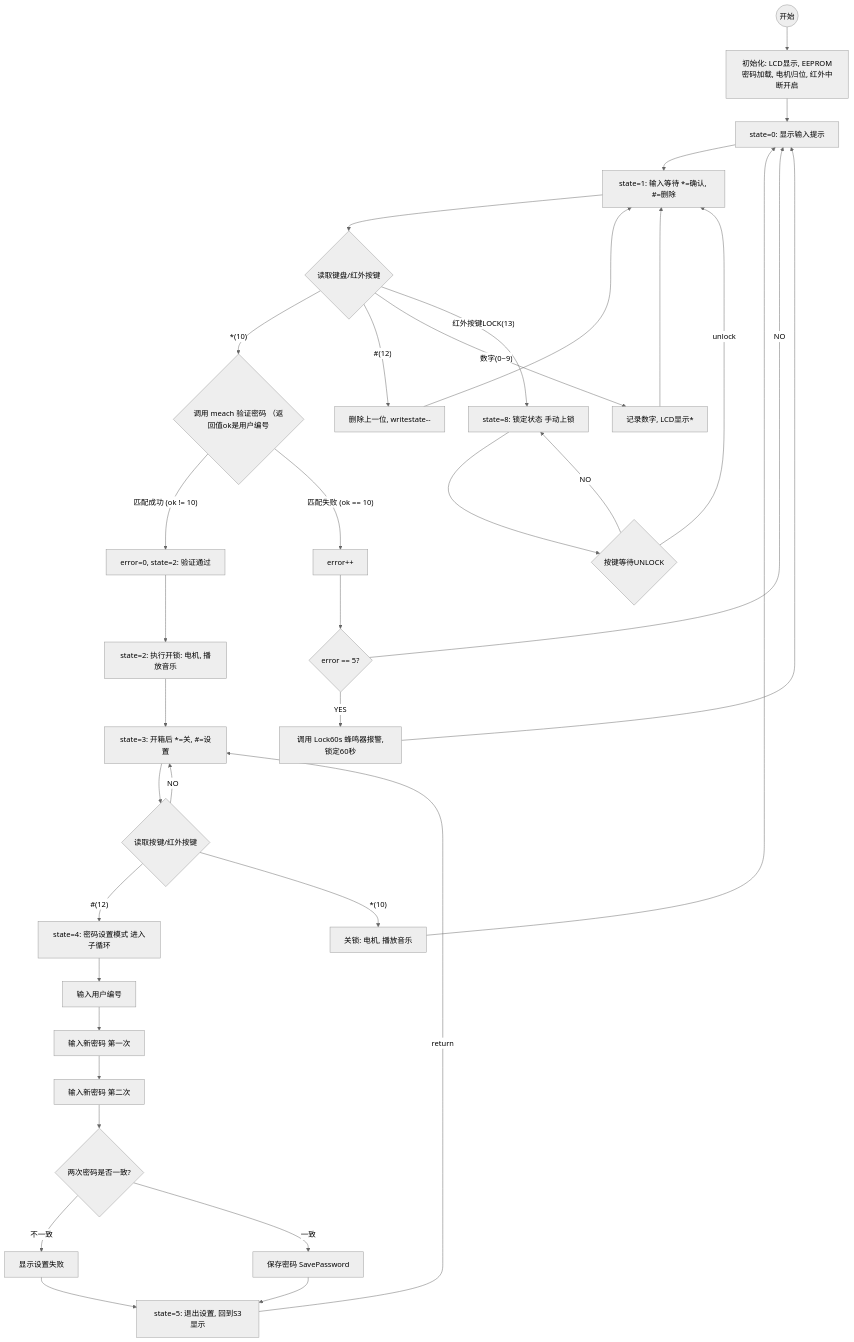
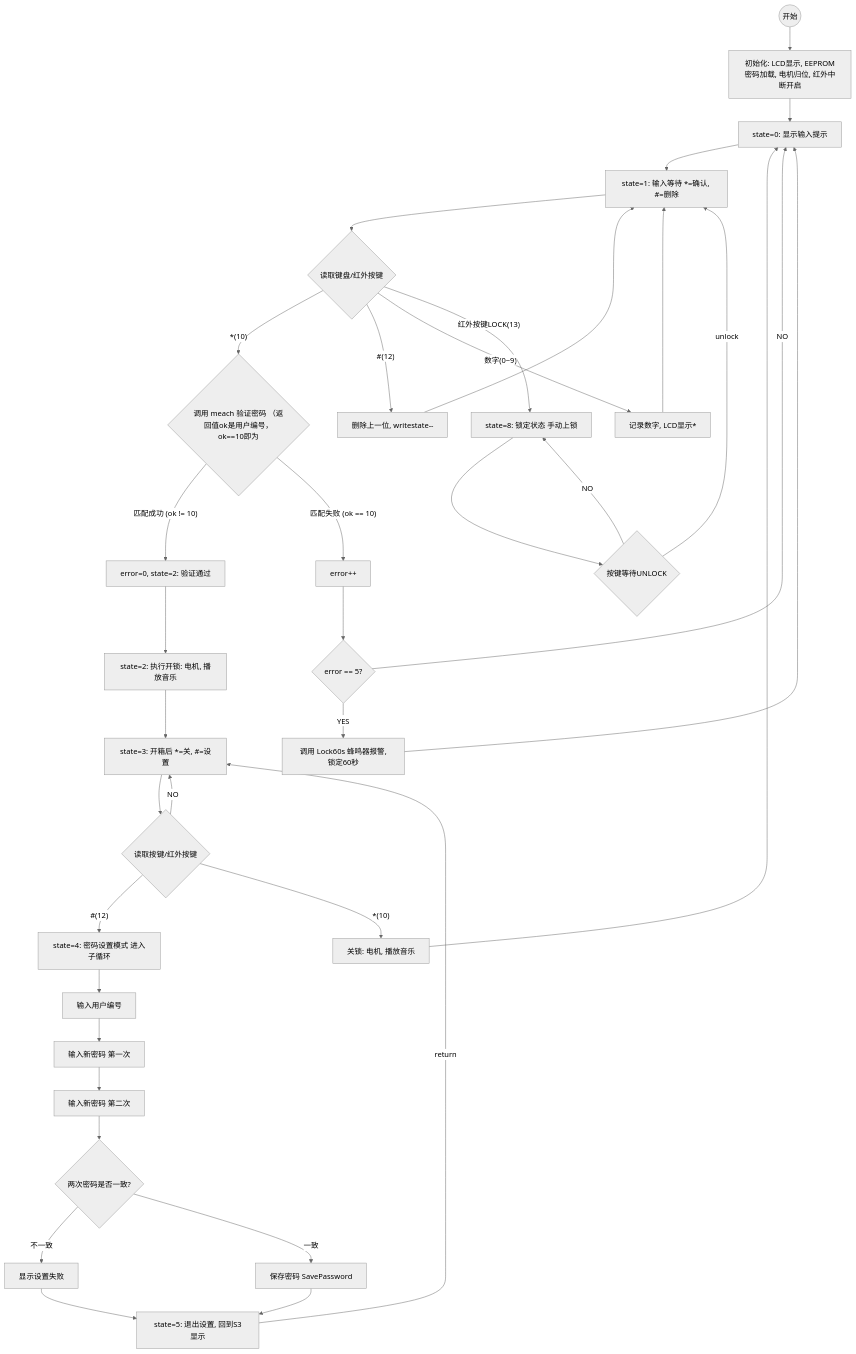
The diagram in all/未命名-2.md (ksxyh-22/iodraw-files), drawn with Mermaid (neutral theme) before and after one commit.

Commit message:
2025-10-11 11:35:12 update

````diff
--- a/all/未命名-2.md
+++ b/all/未命名-2.md
@@ -1,80 +1,80 @@
 ```mermaid
 graph TD
     %% 状态机主流程
     START((开始)) --> INIT[初始化: LCD显示, EEPROM密码加载, 电机归位, 红外中断开启];
     INIT --> S0[state=0: 显示输入提示];
 
     %% 状态 1: 密码输入与验证 (主流程)
     S0 --> S1[state=1: 输入等待 *=确认, #=删除];
     
     S1 --> INPUT{读取键盘/红外按键};
     
     %% 验证分支
-    INPUT -- *(10) --> VERIFY{调用 meach 验证密码 （返回值ok是用户编号};
+    INPUT -- *(10) --> VERIFY{调用 meach 验证密码 （返回值ok是用户编号，ok==10即为};
 
 
     INPUT -- #(12) --> DELETE[删除上一位, writestate--];
     DELETE --> S1;
 
     
 
     %% 处理输入分支
     INPUT -- 数字(0~9) --> DIGIT[记录数字, LCD显示*];
     DIGIT --> S1;
 
     
 
     
 
     
     VERIFY -- 匹配成功 (ok != 10) --> S2_SUCCESS[error=0, state=2: 验证通过];
     
     %% 失败和错误处理 (分支到右侧)
     VERIFY -- 匹配失败 (ok == 10) --> ERROR_COUNT[error++];
     
     ERROR_COUNT --> CHECK_ERRORS{error == 5?};
     
     CHECK_ERRORS -- NO --> S0;
 
     CHECK_ERRORS -- YES --> LOCK_60s[调用 Lock60s 蜂鸣器报警,锁定60秒];
     LOCK_60s --> S0;
 
     %% 状态 2, 3, 5: 开锁后的操作 (主流程)
     S2_SUCCESS --> S2_OPEN[state=2: 执行开锁: 电机, 播放音乐];
     S2_OPEN --> S3[state=3: 开箱后 *=关, #=设置];
 
     S3 --> POST_KEY{读取按键/红外按键};
     
     POST_KEY -- NO --> S3;
     
     POST_KEY -- #(12) --> S4[state=4: 密码设置模式 进入子循环];
 
     POST_KEY -- *(10) --> S3_CLOSE[关锁: 电机, 播放音乐];
     S3_CLOSE --> S0;
     
     
 
     %% 状态 4: 密码设置 (子流程)
     S4 --> S4_USER[输入用户编号];
     S4_USER --> S4_PASS1[输入新密码 第一次];
     S4_PASS1 --> S4_PASS2[输入新密码 第二次];
 
     S4_PASS2 --> S4_CHECK{两次密码是否一致?};
     
     S4_CHECK -- 不一致 --> S4_FAIL[显示设置失败];
     S4_FAIL --> S5[state=5: 退出设置, 回到S3显示];
 
     S4_CHECK -- 一致 --> S4_SAVE[保存密码 SavePassword];
     S4_SAVE --> S5;
     
     S5 -- return --> S3; 
     
     %% 手动锁定 (分支到右侧)
     INPUT -- 红外按键LOCK(13) --> S8;
 
     %% 状态 8: 锁定状态 (独立循环)
     S8[state=8: 锁定状态 手动上锁] --> S8_WAIT{按键等待UNLOCK};
     
     S8_WAIT -- NO --> S8;
     S8_WAIT -- unlock --> S1;
 ```
````
